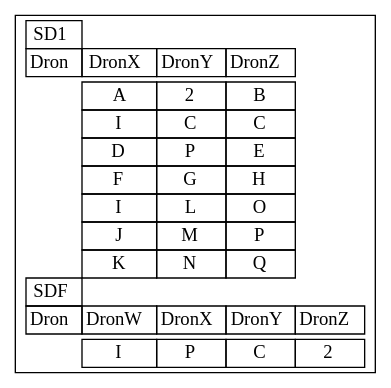
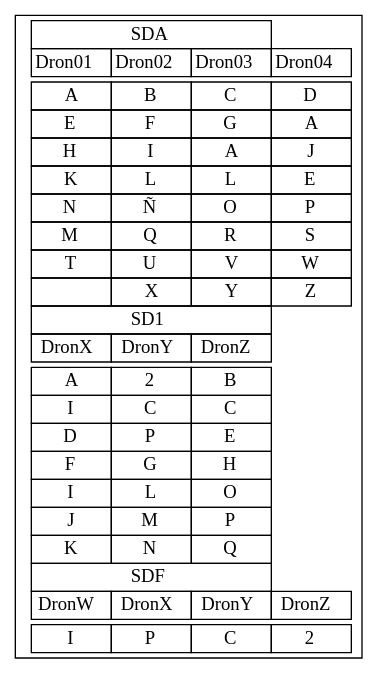
The diagram in bb.dot (helenrodas/-IPC2_Proyecto2_202200066.), drawn with Graphviz before and after one commit. The commit also changed 5 other files, not shown here.

```diff
--- a/bb.dot
+++ b/bb.dot
@@ -2,16 +2,101 @@
         digraph G {
             node [shape=box];
             tbl [label=<<table border="0" cellborder="1" cellspacing="0">
-        
+
         
                 <tr>
-                    <td>SD1</td>
+                    <td border="0"></td>
+                    <td colspan="3">SDA</td>
+                    
                 </tr>
                 
         
             <tr>
-                <td>Dron</td>
                 
+                <td border="0"></td>
+            
+        
+                
+                    
+                    <td>Dron01</td>
+                    
+
+            
+                
+                    
+                    <td>Dron02</td>
+                    
+
+            
+                
+                    
+                    <td>Dron03</td>
+                    
+
+            
+                
+                    
+                    <td>Dron04</td>
+                    
+
+            
+        </tr>
+        <tr><td border="0"></td>
+        
+            
+            
+        
+            
+            
+        
+            
+            
+        
+            
+            </tr><tr><td border="0"></td><td>A</td>
+<td>B</td>
+<td>C</td>
+<td>D</td>
+</tr><tr><td border="0"></td><td>E</td>
+<td>F</td>
+<td>G</td>
+<td>A</td>
+</tr><tr><td border="0"></td><td>H</td>
+<td>I</td>
+<td>A</td>
+<td>J</td>
+</tr><tr><td border="0"></td><td>K</td>
+<td>L</td>
+<td>L</td>
+<td>E</td>
+</tr><tr><td border="0"></td><td>N</td>
+<td>Ñ</td>
+<td>O</td>
+<td>P</td>
+</tr><tr><td border="0"></td><td>M</td>
+<td>Q</td>
+<td>R</td>
+<td>S</td>
+</tr><tr><td border="0"></td><td>T</td>
+<td>U</td>
+<td>V</td>
+<td>W</td>
+</tr><tr><td border="0"></td><td> </td>
+<td>X</td>
+<td>Y</td>
+<td>Z</td>
+</tr>
+            
+                <tr>
+                    <td border="0"></td>
+                    <td colspan="3">SD1</td>
+                    
+                </tr>
+                
+        
+            <tr>
+                
+                <td border="0"></td>
             
         
                 
@@ -66,13 +151,15 @@
 </tr>
             
                 <tr>
-                    <td>SDF</td>
+                    <td border="0"></td>
+                    <td colspan="3">SDF</td>
+                    
                 </tr>
                 
         
             <tr>
-                <td>Dron</td>
                 
+                <td border="0"></td>
             
         
                 
```
